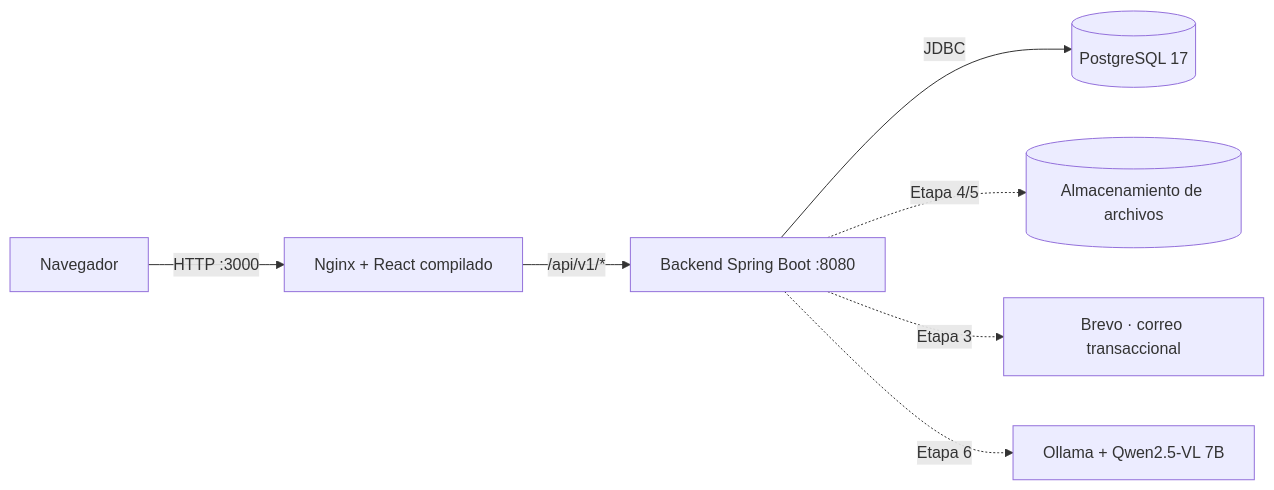
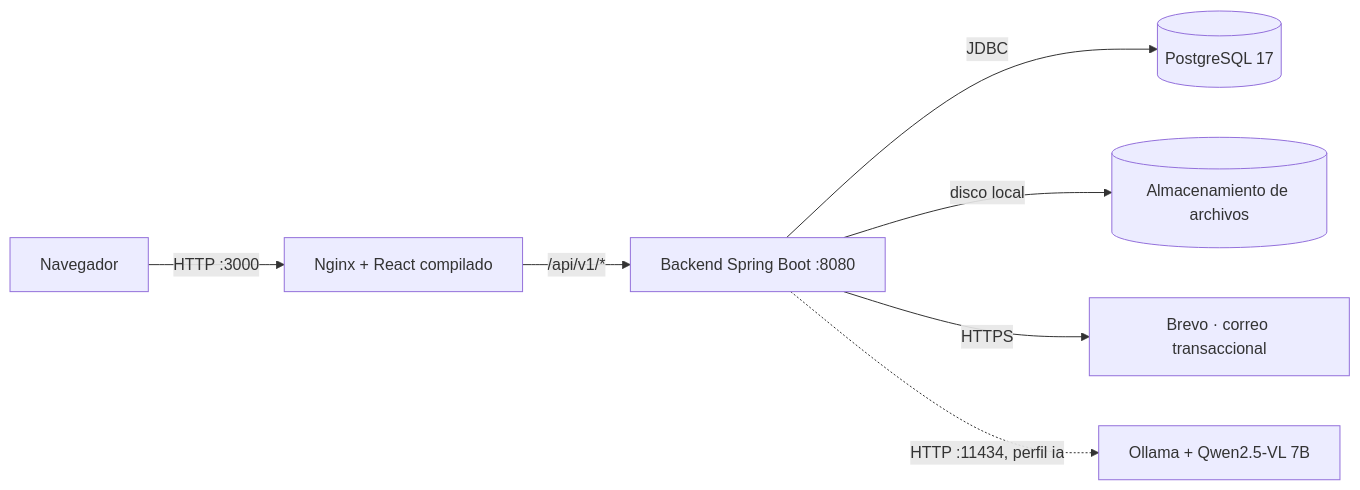
Before and after one commit to CarlosEscam/LogiCode-Up: the first of 2 diagrams in docs/arquitectura.md, drawn with Mermaid. The commit also changed other lines of this file and 68 other files, not shown here.

````diff
--- a/docs/arquitectura.md
+++ b/docs/arquitectura.md
@@ -10,9 +10,9 @@
 ```mermaid
 flowchart LR
     U[Navegador] -->|HTTP :3000| N[Nginx + React compilado]
     N -->|/api/v1/*| B[Backend Spring Boot :8080]
     B -->|JDBC| P[(PostgreSQL 17)]
-    B -.->|Etapa 4/5| F[(Almacenamiento de archivos)]
-    B -.->|Etapa 3| M[Brevo · correo transaccional]
-    B -.->|Etapa 6| O[Ollama + Qwen2.5-VL 7B]
+    B -->|disco local| F[(Almacenamiento de archivos)]
+    B -->|HTTPS| M[Brevo · correo transaccional]
+    B -.->|HTTP :11434, perfil ia| O[Ollama + Qwen2.5-VL 7B]
 ```
````
